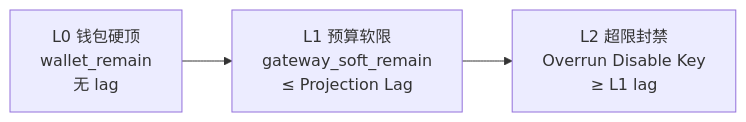
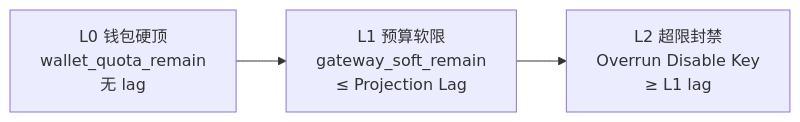
One commit to quyip8818/mytokenjoy changed diagram 12 of 15 in docs/reviews/架构分析-Token计费与钱包体系.md. Above: the diagram before and after it, drawn with Mermaid. The commit also changed other lines of this file and 43 other files, not shown here.

Commit message:
rename wallet_remain → wallet_quota_remain

````diff
--- a/docs/reviews/架构分析-Token计费与钱包体系.md
+++ b/docs/reviews/架构分析-Token计费与钱包体系.md
@@ -462,5 +462,5 @@
 ```mermaid
 flowchart LR
-  L0[L0 钱包硬顶<br/>wallet_remain<br/>无 lag] --> L1[L1 预算软限<br/>gateway_soft_remain<br/>≤ Projection Lag]
+  L0[L0 钱包硬顶<br/>wallet_quota_remain<br/>无 lag] --> L1[L1 预算软限<br/>gateway_soft_remain<br/>≤ Projection Lag]
   L1 --> L2[L2 超限封禁<br/>Overrun Disable Key<br/>≥ L1 lag]
 ```
````
